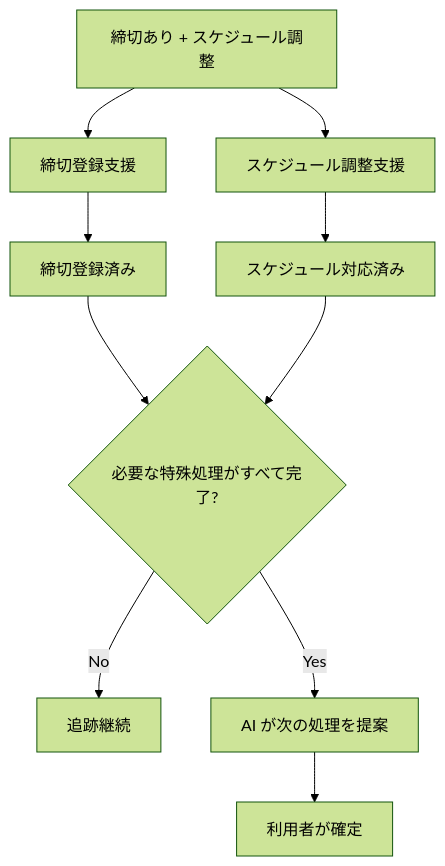
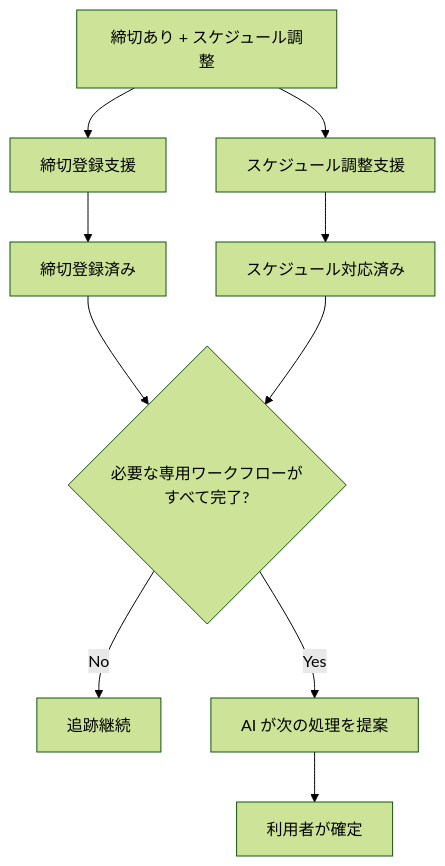
The third of 3 diagrams in docs/design_workflow.md (a3suger/WorkInBox), drawn with Mermaid (forest theme) before and after one commit. The commit also changed other lines of this file, not shown here.

````diff
--- a/docs/design_workflow.md
+++ b/docs/design_workflow.md
@@ -579,12 +623,12 @@
 ```mermaid
 flowchart TD
     A[締切あり + スケジュール調整] --> B[締切登録支援]
     A --> C[スケジュール調整支援]
     B --> D[締切登録済み]
     C --> E[スケジュール対応済み]
-    D --> F{必要な特殊処理がすべて完了?}
+    D --> F{必要な専用ワークフローがすべて完了?}
     E --> F
     F -- No --> G[追跡継続]
     F -- Yes --> H[AI が次の処理を提案]
     H --> I[利用者が確定]
 ```
````
